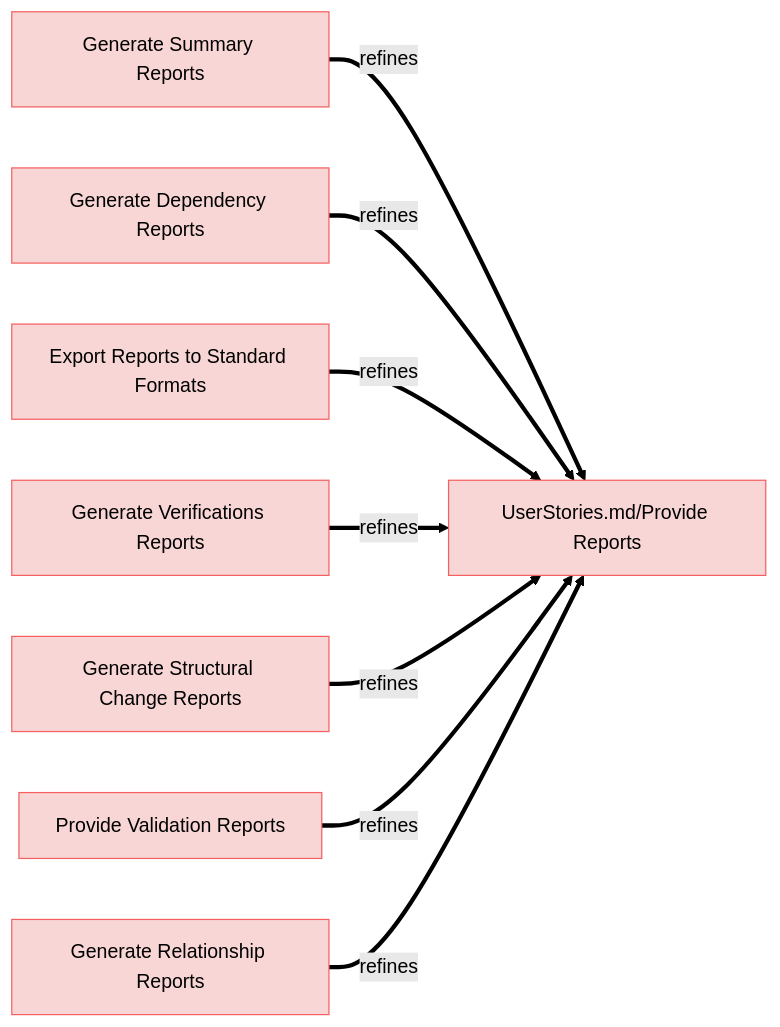
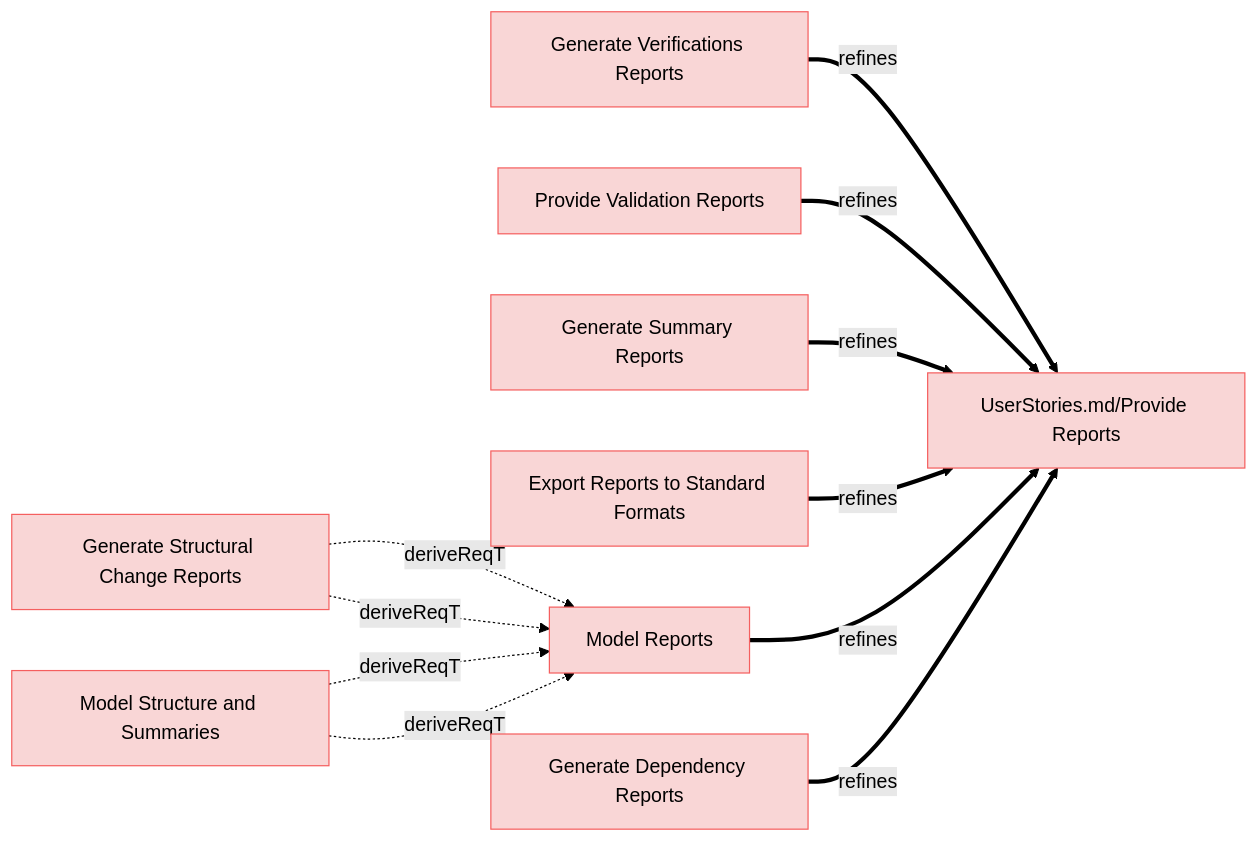
The eighth of 11 diagrams in specifications/UserRequirements.md (reqvire-org/reqvire), drawn with Mermaid (forest theme) before and after one commit. The commit also changed other lines of this file and 25 other files, not shown here.

````diff
--- a/specifications/UserRequirements.md
+++ b/specifications/UserRequirements.md
@@ -562,39 +581,46 @@
 ```mermaid
 graph LR;
   %% Graph styling
   classDef requirement fill:#f9d6d6,stroke:#f55f5f,stroke-width:1px;
   classDef verification fill:#d6f9d6,stroke:#5fd75f,stroke-width:1px;
   classDef externalLink fill:#d0e0ff,stroke:#3080ff,stroke-width:1px;
   classDef default fill:#f5f5f5,stroke:#333333,stroke-width:1px;
+
+  d0e9e8d143["Generate Verifications Reports"];
+  click d0e9e8d143 "UserRequirements.md#generate-verifications-reports";
+  class d0e9e8d143 requirement;
+  fe32882ee2["UserStories.md/Provide Reports"];
+  class fe32882ee2 requirement;
+  click fe32882ee2 "UserStories.md#provide-reports";
+  d0e9e8d143 ==>|refines| fe32882ee2;
+  482c757913["Provide Validation Reports"];
+  click 482c757913 "UserRequirements.md#provide-validation-reports";
+  class 482c757913 requirement;
+  482c757913 ==>|refines| fe32882ee2;
   596c459d31["Generate Summary Reports"];
   click 596c459d31 "UserRequirements.md#generate-summary-reports";
   class 596c459d31 requirement;
-  fe32882ee2["UserStories.md/Provide Reports"];
-  class fe32882ee2 requirement;
-  click fe32882ee2 "UserStories.md#provide-reports";
   596c459d31 ==>|refines| fe32882ee2;
+  6a2d21600e["Generate Structural Change Reports"];
+  click 6a2d21600e "UserRequirements.md#generate-structural-change-reports";
+  class 6a2d21600e requirement;
+  f8e7625d29["Model Reports"];
+  class f8e7625d29 requirement;
+  click f8e7625d29 "UserRequirements.md#model-reports";
+  6a2d21600e -.->|deriveReqT| f8e7625d29;
+  2afa7f3a20["Export Reports to Standard Formats"];
+  click 2afa7f3a20 "UserRequirements.md#export-reports-to-standard-formats";
+  class 2afa7f3a20 requirement;
+  2afa7f3a20 ==>|refines| fe32882ee2;
+  f8e7625d29 ==>|refines| fe32882ee2;
+  6a2d21600e -.->|deriveReqT| f8e7625d29;
+  b342220e0d["Model Structure and Summaries"];
+  class b342220e0d requirement;
+  click b342220e0d "UserRequirements.md#model-structure-and-summaries";
+  b342220e0d -.->|deriveReqT| f8e7625d29;
+  b342220e0d -.->|deriveReqT| f8e7625d29;
   812d42f453["Generate Dependency Reports"];
   click 812d42f453 "UserRequirements.md#generate-dependency-reports";
   class 812d42f453 requirement;
   812d42f453 ==>|refines| fe32882ee2;
-  2afa7f3a20["Export Reports to Standard Formats"];
-  click 2afa7f3a20 "UserRequirements.md#export-reports-to-standard-formats";
-  class 2afa7f3a20 requirement;
-  2afa7f3a20 ==>|refines| fe32882ee2;
-  d0e9e8d143["Generate Verifications Reports"];
-  click d0e9e8d143 "UserRequirements.md#generate-verifications-reports";
-  class d0e9e8d143 requirement;
-  d0e9e8d143 ==>|refines| fe32882ee2;
-  6a2d21600e["Generate Structural Change Reports"];
-  click 6a2d21600e "UserRequirements.md#generate-structural-change-reports";
-  class 6a2d21600e requirement;
-  6a2d21600e ==>|refines| fe32882ee2;
-  482c757913["Provide Validation Reports"];
-  click 482c757913 "UserRequirements.md#provide-validation-reports";
-  class 482c757913 requirement;
-  482c757913 ==>|refines| fe32882ee2;
-  5c96cb8685["Generate Relationship Reports"];
-  click 5c96cb8685 "UserRequirements.md#generate-relationship-reports";
-  class 5c96cb8685 requirement;
-  5c96cb8685 ==>|refines| fe32882ee2;
 ```
````
